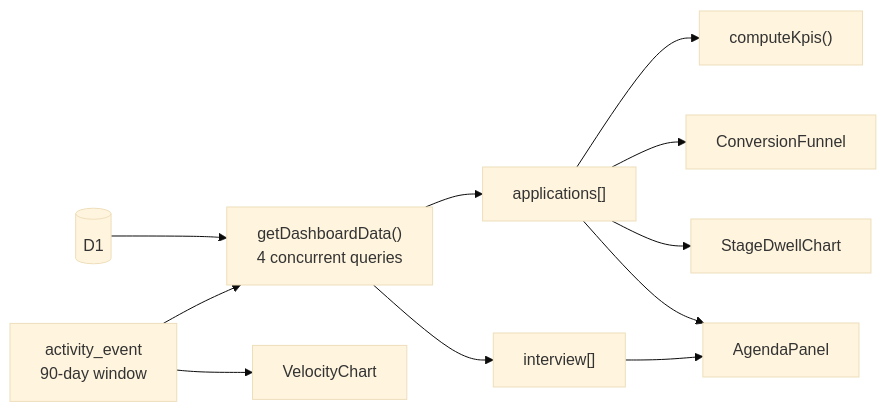
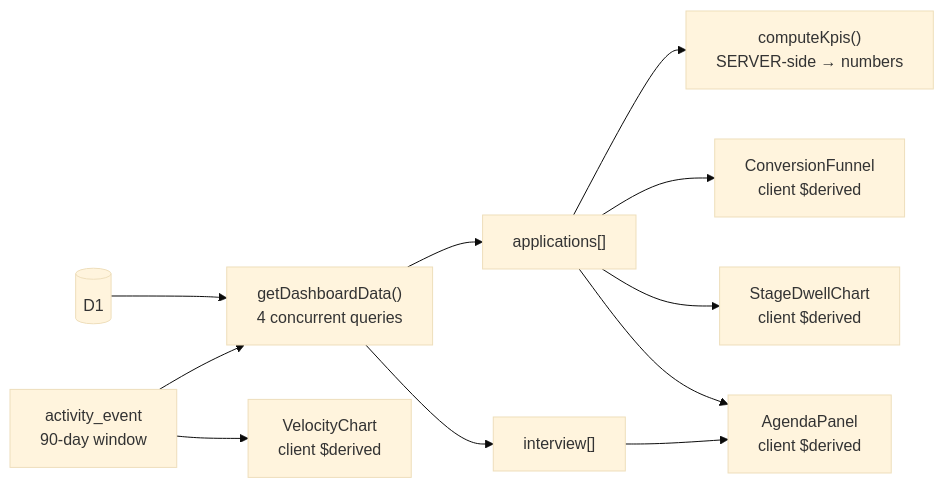
The first of 5 diagrams in docs/analytics.md (c0k0n/job-tracker), drawn with Mermaid (base theme) before and after one commit. The commit also changed other lines of this file and 45 other files, not shown here.

````diff
--- a/docs/analytics.md
+++ b/docs/analytics.md
@@ -6,13 +12,13 @@
 ```mermaid
 flowchart LR
     D[("D1")] --> Q["getDashboardData()<br/>4 concurrent queries"]
     Q --> A["applications[]"]
-    A --> K["computeKpis()"]
-    A --> F["ConversionFunnel"]
-    A --> S["StageDwellChart"]
-    A --> AG["AgendaPanel"]
+    A --> K["computeKpis()<br/>SERVER-side → numbers"]
+    A --> F["ConversionFunnel<br/>client $derived"]
+    A --> S["StageDwellChart<br/>client $derived"]
+    A --> AG["AgendaPanel<br/>client $derived"]
     Q --> I["interview[]"]
     I --> AG
     E["activity_event<br/>90-day window"] --> Q
-    E --> V["VelocityChart"]
+    E --> V["VelocityChart<br/>client $derived"]
 ```
````
